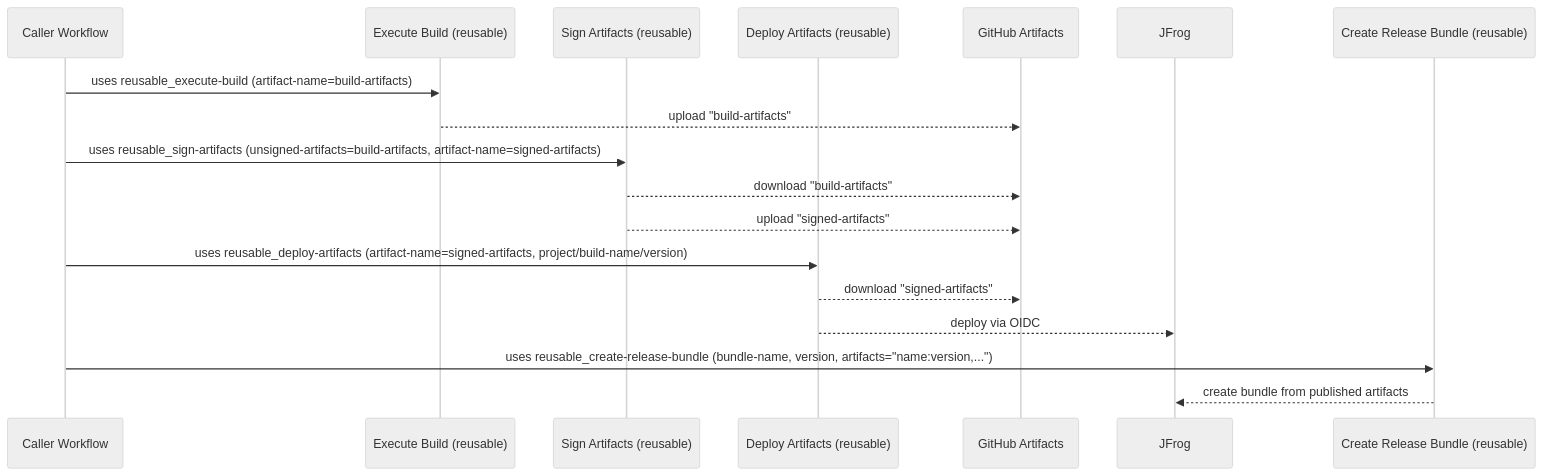
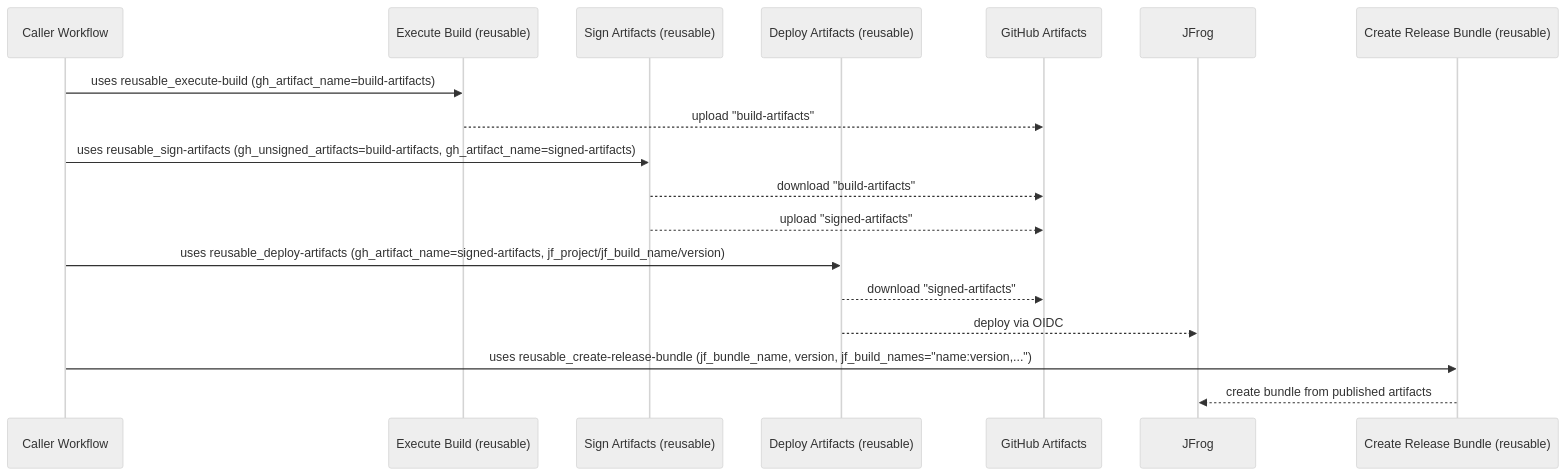
Before and after one commit to aerospike/shared-workflows: the diagram in .github/workflows/docs/CICD-with-shared-actions.md, drawn with Mermaid (neutral theme). The commit also changed other lines of this file and 17 other files, not shown here.

````diff
--- a/.github/workflows/docs/CICD-with-shared-actions.md
+++ b/.github/workflows/docs/CICD-with-shared-actions.md
@@ -18,21 +18,21 @@
 ```mermaid
 sequenceDiagram
   participant WF as Caller Workflow
   participant SW1 as Execute Build (reusable)
   participant SW2 as Sign Artifacts (reusable)
   participant SW3 as Deploy Artifacts (reusable)
   participant GA as GitHub Artifacts
   participant JF as JFrog
   participant SW4 as Create Release Bundle (reusable)
 
-  WF->>SW1: uses reusable_execute-build (artifact-name=build-artifacts)
+  WF->>SW1: uses reusable_execute-build (gh_artifact_name=build-artifacts)
   SW1-->>GA: upload "build-artifacts"
-  WF->>SW2: uses reusable_sign-artifacts (unsigned-artifacts=build-artifacts, artifact-name=signed-artifacts)
+  WF->>SW2: uses reusable_sign-artifacts (gh_unsigned_artifacts=build-artifacts, gh_artifact_name=signed-artifacts)
   SW2-->>GA: download "build-artifacts"
   SW2-->>GA: upload "signed-artifacts"
-  WF->>SW3: uses reusable_deploy-artifacts (artifact-name=signed-artifacts, project/build-name/version)
+  WF->>SW3: uses reusable_deploy-artifacts (gh_artifact_name=signed-artifacts, jf_project/jf_build_name/version)
   SW3-->>GA: download "signed-artifacts"
   SW3-->>JF: deploy via OIDC
-  WF->>SW4: uses reusable_create-release-bundle (bundle-name, version, artifacts="name:version,...")
+  WF->>SW4: uses reusable_create-release-bundle (jf_bundle_name, version, jf_build_names="name:version,...")
   SW4-->>JF: create bundle from published artifacts
 ```
````
